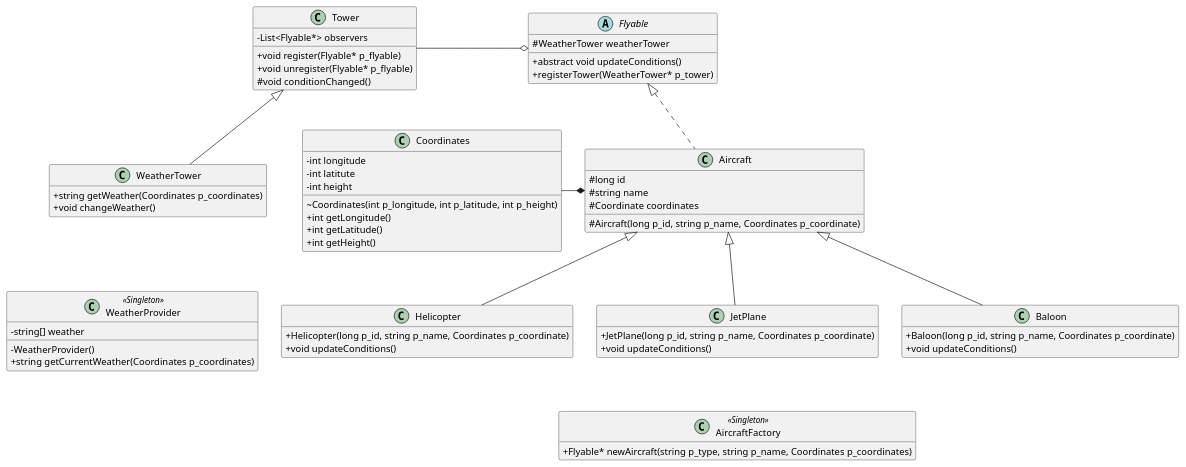
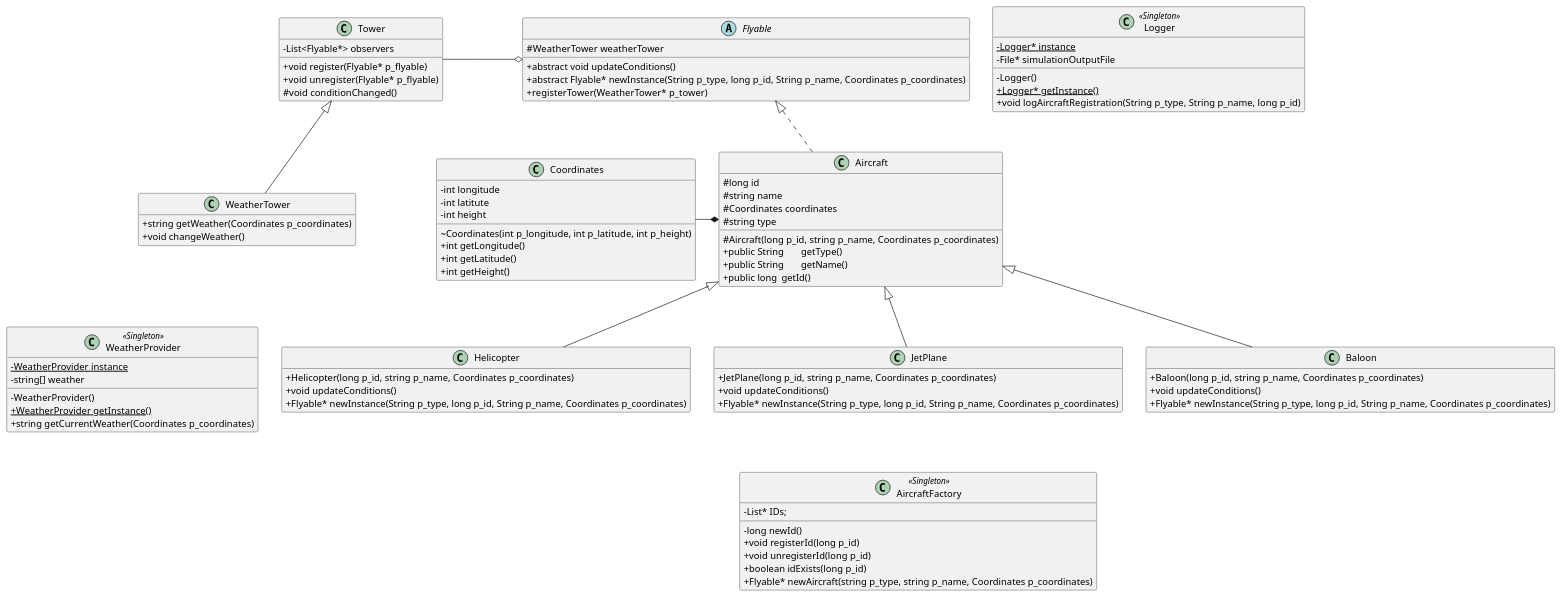
The diagram in global.puml (TheTerror-coder/avaj-launcher), drawn with PlantUML before and after one commit. The commit also changed 15 other files, not shown here.

```diff
--- a/global.puml
+++ b/global.puml
@@ -1,85 +1,109 @@
 @startuml Avaj-Launcher-Diagram
 skinparam classAttributeIconSize 0
 hide empty members
 class Tower
 {
 - List<Flyable*> observers
 +void register(Flyable* p_flyable)
 +void unregister(Flyable* p_flyable)
 #void conditionChanged()
 }
 
 class WeatherTower
 {
 +string getWeather(Coordinates p_coordinates)
 +void changeWeather()
 }
 
 class WeatherProvider <<Singleton>>
 {
+-{static} WeatherProvider instance
 -string[] weather
 -WeatherProvider()
++{static} WeatherProvider getInstance()
 +string getCurrentWeather(Coordinates p_coordinates)
 }
 
 class Coordinates
 {
 -int longitude
 -int latitute
 -int height
 ~Coordinates(int p_longitude, int p_latitude, int p_height)
 +int getLongitude()
 +int getLatitude()
 +int getHeight()
 }
 
 class Aircraft
 {
 #long id
 #string name
-#Coordinate coordinates
-#Aircraft(long p_id, string p_name, Coordinates p_coordinate)
+#Coordinates coordinates
+#string type
+#Aircraft(long p_id, string p_name, Coordinates p_coordinates)
++public String	getType()
++public String	getName()
++public long	getId()
 }
 
 abstract Flyable
 {
 #WeatherTower weatherTower
 +abstract void updateConditions()
++abstract Flyable* newInstance(String p_type, long p_id, String p_name, Coordinates p_coordinates)
 +registerTower(WeatherTower* p_tower)
 }
 
 class Helicopter
 {
-+Helicopter(long p_id, string p_name, Coordinates p_coordinate)
++Helicopter(long p_id, string p_name, Coordinates p_coordinates)
 +void updateConditions()
++Flyable* newInstance(String p_type, long p_id, String p_name, Coordinates p_coordinates)
 }
 
 class JetPlane
 {
-+JetPlane(long p_id, string p_name, Coordinates p_coordinate)
++JetPlane(long p_id, string p_name, Coordinates p_coordinates)
 +void updateConditions()
++Flyable* newInstance(String p_type, long p_id, String p_name, Coordinates p_coordinates)
 }
 
 class Baloon
 {
-+Baloon(long p_id, string p_name, Coordinates p_coordinate)
++Baloon(long p_id, string p_name, Coordinates p_coordinates)
 +void updateConditions()
++Flyable* newInstance(String p_type, long p_id, String p_name, Coordinates p_coordinates)
 }
 
 class AircraftFactory <<Singleton>>
 {
+-List* IDs;
+-long newId()
++void registerId(long p_id)
++void unregisterId(long p_id)
++boolean idExists(long p_id)
 +Flyable* newAircraft(string p_type, string p_name, Coordinates p_coordinates)
+}
+
+class Logger <<Singleton>>
+{
+-{static} Logger* instance
+-File* simulationOutputFile
+-Logger()
++{static} Logger* getInstance()
++void logAircraftRegistration(String p_type, String p_name, long p_id)
 }
 
 Tower <|-- WeatherTower
 Tower -o Flyable
 Coordinates -* Aircraft
 Flyable <|.. Aircraft 
 Aircraft <|-- Helicopter
 Aircraft <|-- JetPlane
 Aircraft <|-- Baloon
 
 JetPlane -[hidden]- AircraftFactory
 WeatherTower -[hidden]- WeatherProvider
 
 @enduml
```
